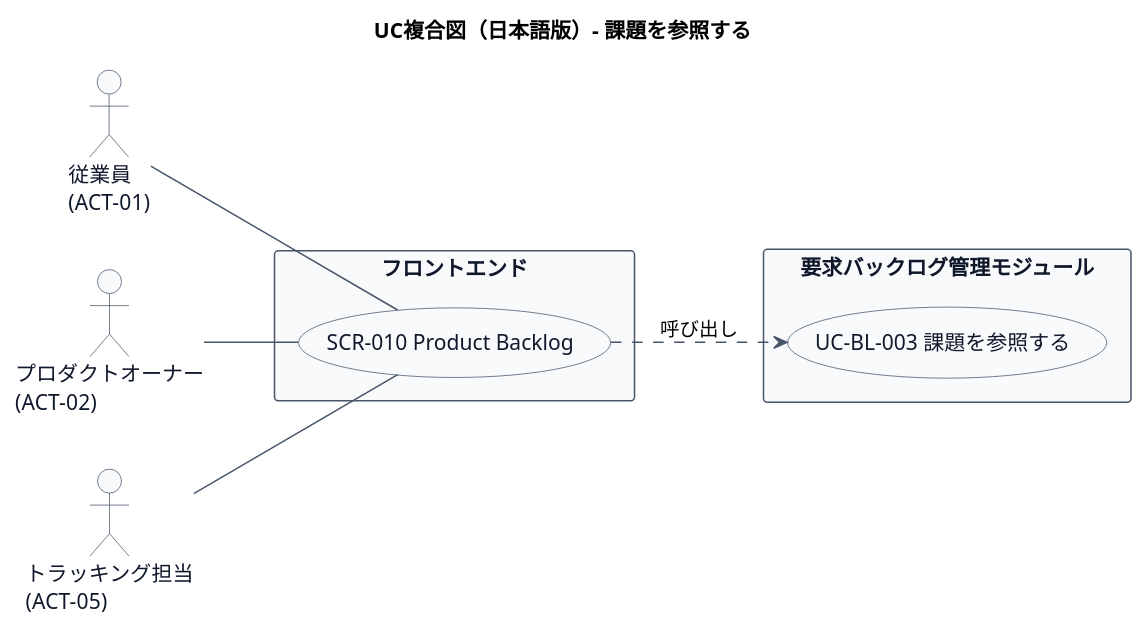
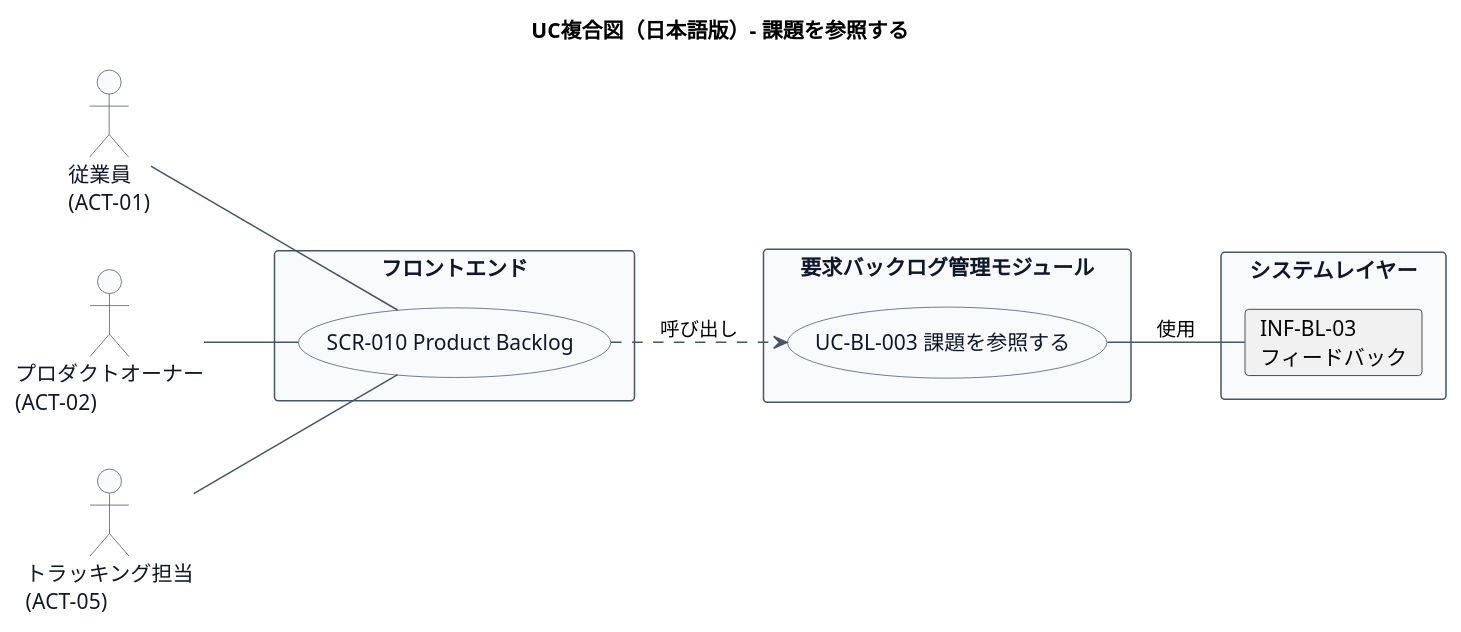
The second of 2 diagrams in docs/22 要件定義書/AG アジルーム/03 機能要件/AG-02 要求バックログ管理/03.システム境界/UC-BL-003 課題を参照する/UC複合図.md (mizo432/modulith-learning), drawn with PlantUML before and after one commit. The commit also changed other lines of this file and 209 other files, not shown here.

````diff
--- a/docs/22 要件定義書/AG アジルーム/03 機能要件/AG-02 要求バックログ管理/03.システム境界/UC-BL-003 課題を参照する/UC複合図.md
+++ b/docs/22 要件定義書/AG アジルーム/03 機能要件/AG-02 要求バックログ管理/03.システム境界/UC-BL-003 課題を参照する/UC複合図.md
@@ -54,40 +59,45 @@
 ```plantuml
 title UC複合図（日本語版）- 課題を参照する
 left to right direction
 
 skinparam usecase {
   BackgroundColor #F8FAFC
   BorderColor #475569
   FontColor #0F172A
 }
 skinparam actor {
   BackgroundColor #F8FAFC
   BorderColor #475569
   FontColor #0F172A
 }
 skinparam rectangle {
   BackgroundColor #F8FAFC
   BorderColor #475569
   FontColor #0F172A
 }
 skinparam arrowColor #475569
 skinparam shadowing false
 
 actor "従業員\n(ACT-01)" as ACT1
 actor "プロダクトオーナー\n(ACT-02)" as ACT2
 actor "トラッキング担当\n(ACT-05)" as ACT3
 
 rectangle "フロントエンド" {
   usecase "SCR-010 Product Backlog" as SCR
 }
 
 rectangle "要求バックログ管理モジュール" {
   usecase "UC-BL-003 課題を参照する" as UC
 }
 
+rectangle "システムレイヤー" {
+  card "INF-BL-03\nフィードバック" as INF03
+}
+
 ACT1 -- SCR
 ACT2 -- SCR
 ACT3 -- SCR
 SCR ..> UC : 呼び出し
+UC -- INF03 : 使用
 @enduml
 ```
````
